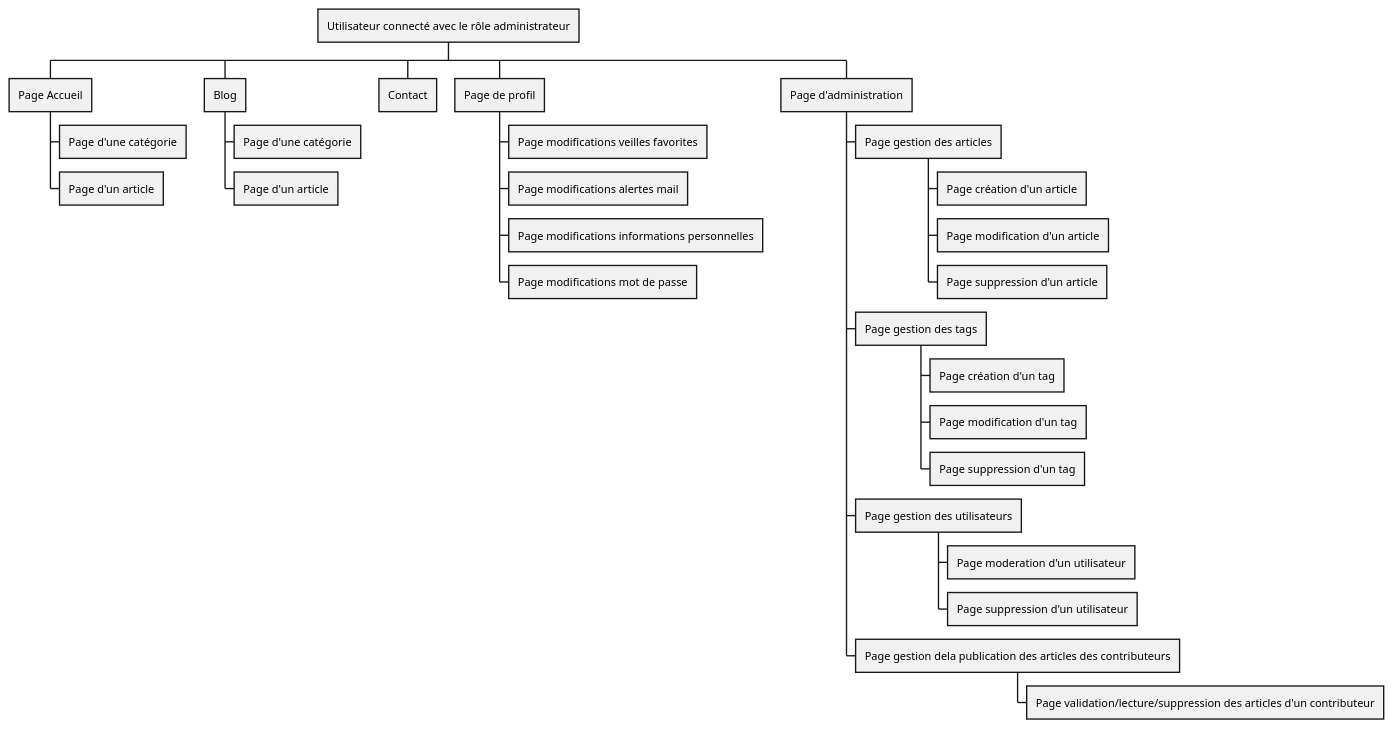
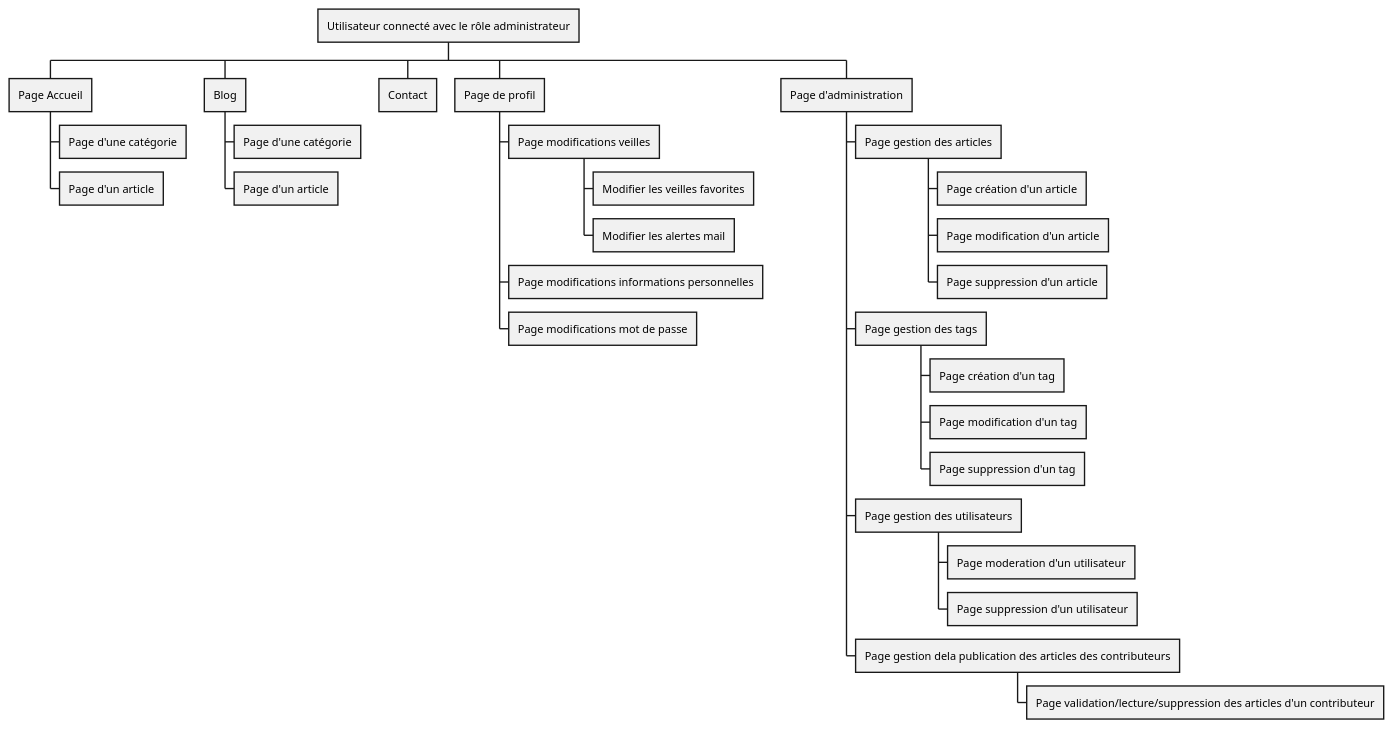
Before and after one commit to SylvainGUERRIN/front2back: the diagram in docs/uml/roles/administrateur.puml, drawn with PlantUML. The commit also changed 5 other files, not shown here.

```diff
--- a/docs/uml/roles/administrateur.puml
+++ b/docs/uml/roles/administrateur.puml
@@ -1,30 +1,31 @@
 @startwbs
 + Utilisateur connecté avec le rôle administrateur
 ++ Page Accueil
 +++ Page d'une catégorie
 +++ Page d'un article
 ++ Blog
 +++ Page d'une catégorie
 +++ Page d'un article
 ++ Contact
 ++ Page de profil
-+++ Page modifications veilles favorites
-+++ Page modifications alertes mail
++++ Page modifications veilles
+++++ Modifier les veilles favorites
+++++ Modifier les alertes mail
 +++ Page modifications informations personnelles
 +++ Page modifications mot de passe
 ++ Page d'administration
 +++ Page gestion des articles
 ++++ Page création d'un article
 ++++ Page modification d'un article
 ++++ Page suppression d'un article
 +++ Page gestion des tags
 ++++ Page création d'un tag
 ++++ Page modification d'un tag
 ++++ Page suppression d'un tag
 +++ Page gestion des utilisateurs
 ++++ Page moderation d'un utilisateur
 ++++ Page suppression d'un utilisateur
 +++ Page gestion dela publication des articles des contributeurs
 ++++ Page validation/lecture/suppression des articles d'un contributeur
 
 @endwbs
```
